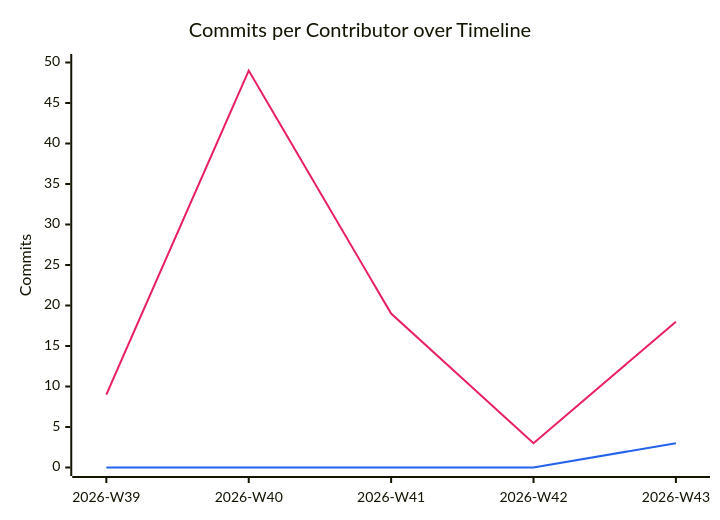
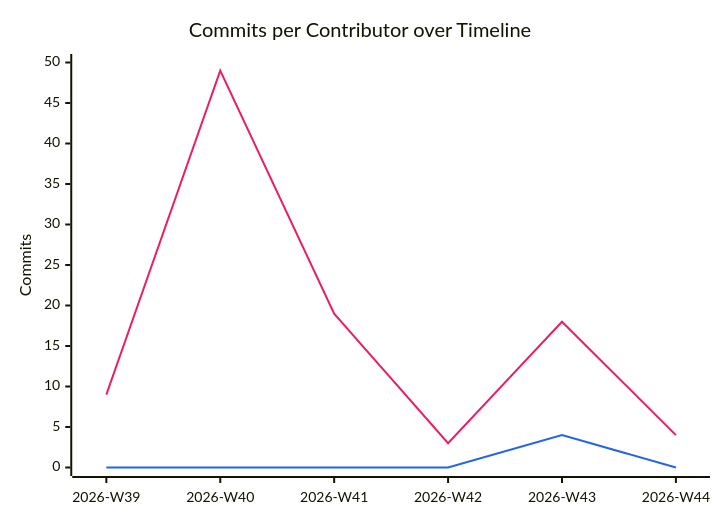
The diagram in documentation/snippets/management/commit-velocity.mmd (BeyondMagic/wisp), drawn with Mermaid before and after one commit. The commit also changed 2 other files, not shown here.

```diff
--- a/documentation/snippets/management/commit-velocity.mmd
+++ b/documentation/snippets/management/commit-velocity.mmd
@@ -1,7 +1,7 @@
 %%{init: {"themeVariables": {"xyChart": {"plotColorPalette": "#e91e63, #2563eb"}}}}%%
 xychart-beta
     title "Commits per Contributor over Timeline"
-    x-axis ["2026-W39", "2026-W40", "2026-W41", "2026-W42", "2026-W43"]
+    x-axis ["2026-W39", "2026-W40", "2026-W41", "2026-W42", "2026-W43", "2026-W44"]
     y-axis "Commits" 0 --> 50
-    line [9, 49, 19, 3, 18]
-    line [0, 0, 0, 0, 3]
+    line [9, 49, 19, 3, 18, 4]
+    line [0, 0, 0, 0, 4, 0]
```
